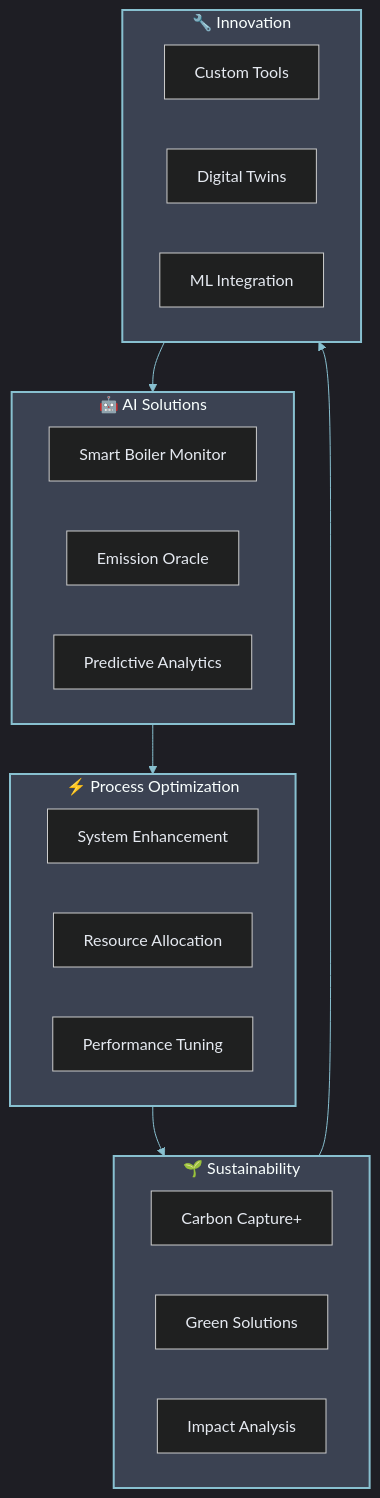
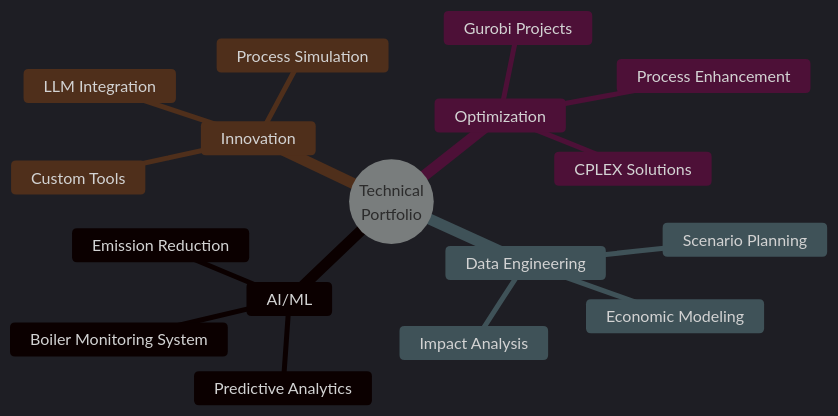
Before and after one commit to m-ahmed-elbeskeri/m-ahmed-elbeskeri: the diagram in README.md, drawn with Mermaid. The commit also changed other lines of this file, not shown here.

````diff
--- a/README.md
+++ b/README.md
@@ -94,48 +96,21 @@
 ```mermaid
-%%{init: {
-  'theme': 'dark',
-  'themeVariables': {
-    'primaryColor': '#2E3440',
-    'primaryTextColor': '#88C0D0',
-    'primaryBorderColor': '#4C566A',
-    'lineColor': '#88C0D0',
-    'secondaryColor': '#3B4252',
-    'tertiaryColor': '#4C566A',
-    'textColor': '#E5E9F0'
-  }
-}}%%
-graph TB
-    subgraph AI_Solutions["🤖 AI Solutions"]
-        A1[Smart Boiler Monitor]
-        A2[Emission Oracle]
-        A3[Predictive Analytics]
-    end
-    
-    subgraph Process_Optimization["⚡ Process Optimization"]
-        B1[System Enhancement]
-        B2[Resource Allocation]
-        B3[Performance Tuning]
-    end
-    
-    subgraph Sustainability["🌱 Sustainability"]
-        C1[Carbon Capture+]
-        C2[Green Solutions]
-        C3[Impact Analysis]
-    end
-    
-    subgraph Innovation["🔧 Innovation"]
-        D1[Custom Tools]
-        D2[Digital Twins]
-        D3[ML Integration]
-    end
-
-    AI_Solutions --> Process_Optimization
-    Process_Optimization --> Sustainability
-    Sustainability --> Innovation
-    Innovation --> AI_Solutions
-
-    style AI_Solutions fill:#3B4252,stroke:#88C0D0,stroke-width:2px
-    style Process_Optimization fill:#3B4252,stroke:#88C0D0,stroke-width:2px
-    style Sustainability fill:#3B4252,stroke:#88C0D0,stroke-width:2px
-    style Innovation fill:#3B4252,stroke:#88C0D0,stroke-width:2px
+%%{init: {'theme': 'dark', 'themeVariables': { 'primaryColor': '#2E3440', 'primaryTextColor': '#88C0D0', 'primaryBorderColor': '#4C566A', 'lineColor': '#88C0D0', 'textColor': '#E5E9F0', 'fontSize': '16px'}}}%%
+mindmap
+  root((Technical<br/>Portfolio))
+    AI/ML
+      Boiler Monitoring System
+      Predictive Analytics
+      Emission Reduction
+    Optimization
+      CPLEX Solutions
+      Gurobi Projects
+      Process Enhancement
+    Data Engineering
+      Impact Analysis
+      Scenario Planning
+      Economic Modeling
+    Innovation
+      Custom Tools
+      LLM Integration
+      Process Simulation
 ```
````
